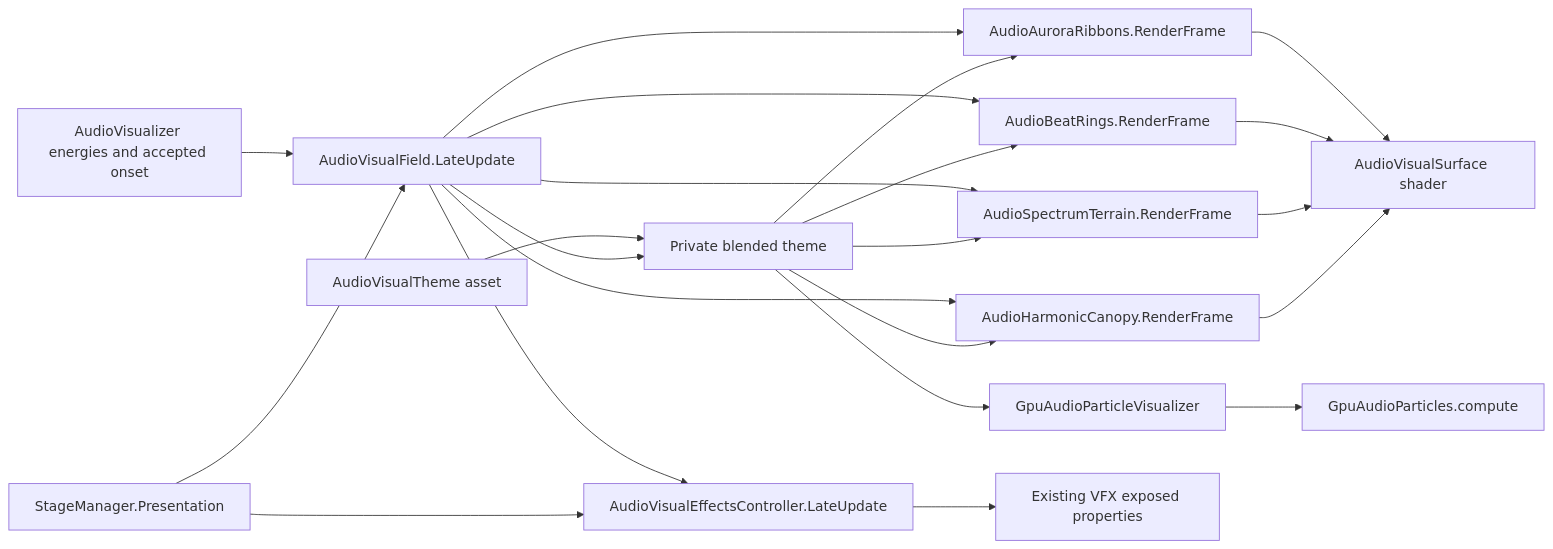
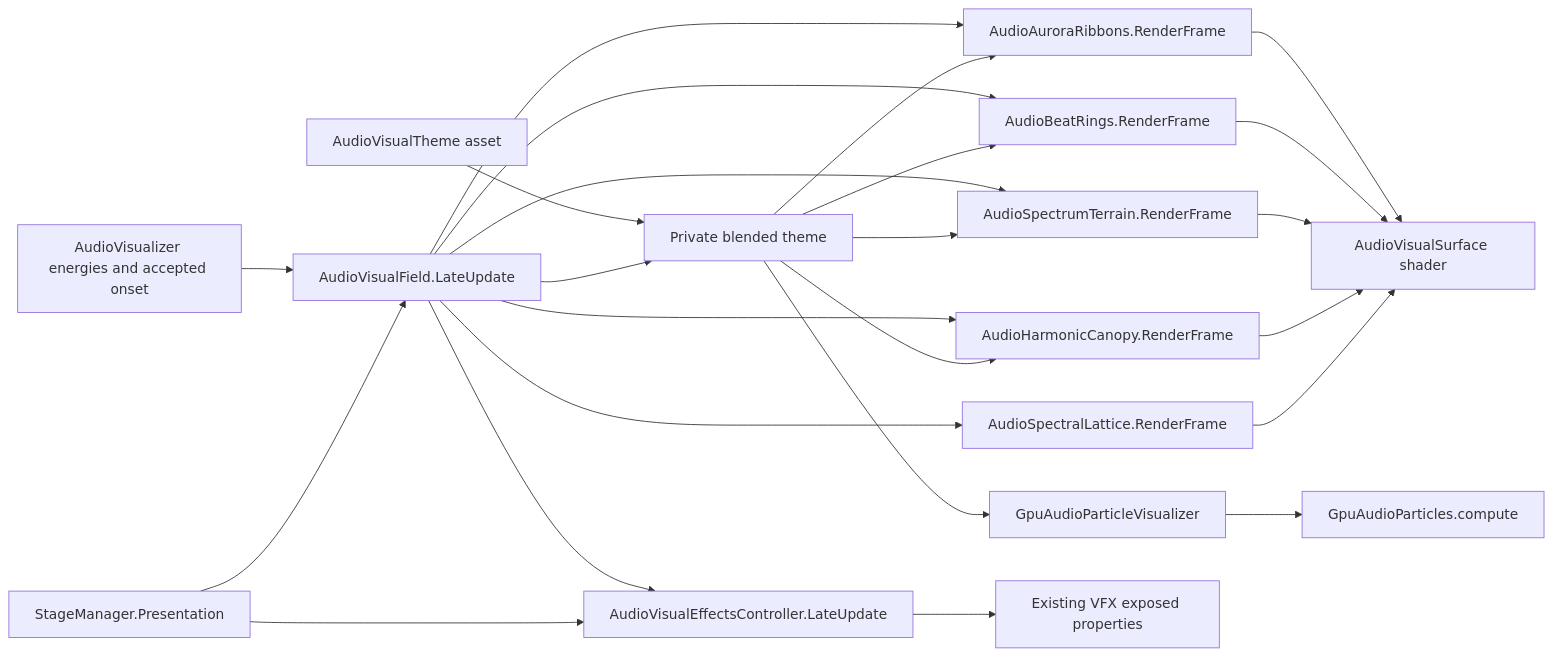
One commit to kukudia/MR-VD changed the diagram in docs/visual-research.md. Above: the diagram before and after it, drawn with Mermaid. The commit also changed other lines of this file and 9 other files, not shown here.

````diff
--- a/docs/visual-research.md
+++ b/docs/visual-research.md
@@ -45,24 +45,26 @@
 ```mermaid
 flowchart LR
     A[AudioVisualizer energies and accepted onset] --> F[AudioVisualField.LateUpdate]
     S[StageManager.Presentation] --> F
     T[AudioVisualTheme asset] --> B[Private blended theme]
     F --> B
     F --> R[AudioAuroraRibbons.RenderFrame]
     F --> P[AudioBeatRings.RenderFrame]
     F --> H[AudioSpectrumTerrain.RenderFrame]
     F --> K[AudioHarmonicCanopy.RenderFrame]
+    F --> L[AudioSpectralLattice.RenderFrame]
     B --> R
     B --> P
     B --> H
     B --> K
     B --> G[GpuAudioParticleVisualizer]
     F --> V[AudioVisualEffectsController.LateUpdate]
     S --> V
     V --> Q[Existing VFX exposed properties]
     G --> C[GpuAudioParticles.compute]
     R --> M[AudioVisualSurface shader]
     P --> M
     H --> M
     K --> M
+    L --> M
 ```
````
